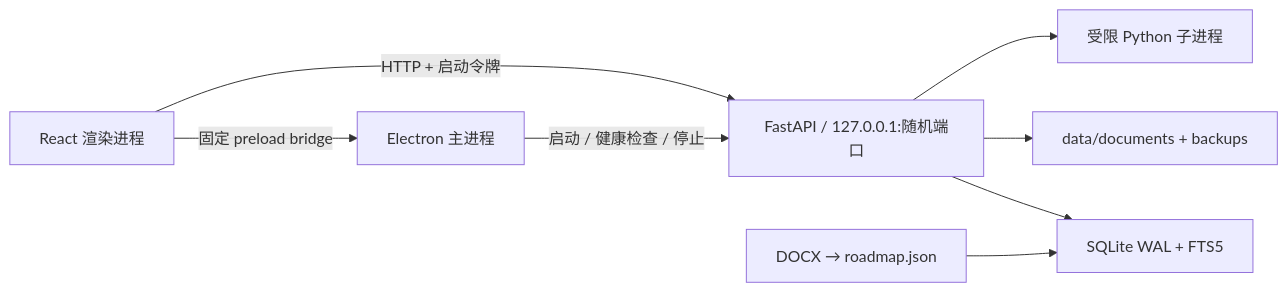
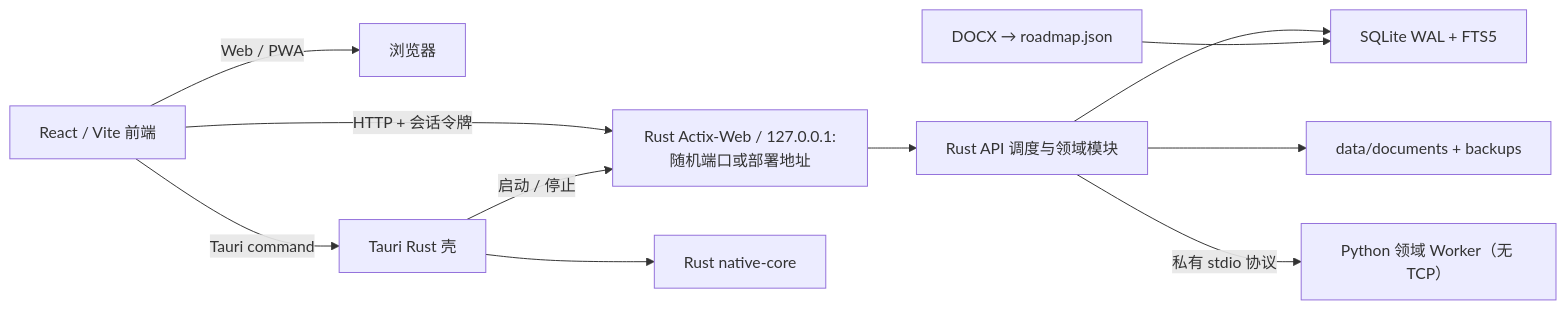
One commit to c76d3656e/studypilot-desk changed the diagram in docs/ARCHITECTURE.md. Above: the diagram before and after it, drawn with Mermaid. The commit also changed other lines of this file and 163 other files, not shown here.

````diff
--- a/docs/ARCHITECTURE.md
+++ b/docs/ARCHITECTURE.md
@@ -3,10 +3,13 @@
 ```mermaid
 flowchart LR
-  UI["React 渲染进程"] -->|"固定 preload bridge"| EM["Electron 主进程"]
-  UI -->|"HTTP + 启动令牌"| API["FastAPI / 127.0.0.1:随机端口"]
-  EM -->|"启动 / 健康检查 / 停止"| API
-  API --> DB["SQLite WAL + FTS5"]
-  API --> FS["data/documents + backups"]
-  API --> PY["受限 Python 子进程"]
+  UI["React / Vite 前端"] -->|"Web / PWA"| WEB["浏览器"]
+  UI -->|"Tauri command"| TS["Tauri Rust 壳"]
+  UI -->|"HTTP + 会话令牌"| API["Rust Actix-Web / 127.0.0.1:随机端口或部署地址"]
+  TS -->|"启动 / 停止"| API
+  TS --> NC["Rust native-core"]
+  API --> RUST["Rust API 调度与领域模块"]
+  RUST --> DB["SQLite WAL + FTS5"]
+  RUST --> FS["data/documents + backups"]
+  RUST -->|"私有 stdio 协议"| PY["Python 领域 Worker（无 TCP）"]
   SEED["DOCX → roadmap.json"] --> DB
 ```
````
